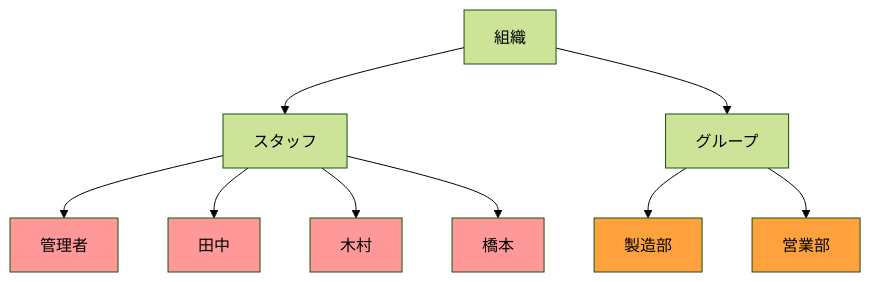
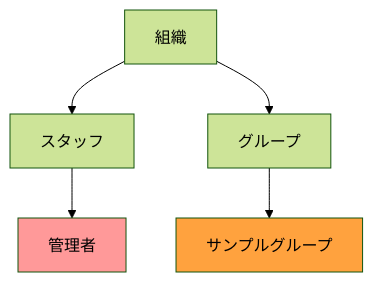
The diagram in content/ja/docs/manual/initial-setting/_about/index.md (sndbox-llc/hugo_nipo_plus), drawn with Mermaid (forest theme) before and after one commit. The commit also changed other lines of this file and 15 other files, not shown here.

```diff
--- a/content/ja/docs/manual/initial-setting/_about/index.md
+++ b/content/ja/docs/manual/initial-setting/_about/index.md
@@ -19,15 +35,11 @@
 {{<mermaid align="center">}}
 graph TD;
   classDef class2 fill:#ffa23e
   classDef class1 fill:#ff9999
 
     組織-->スタッフ;
     組織-->グループ;
-    グループ-->製造部:::class2
-    グループ-->営業部:::class2
+    グループ-->サンプルグループ:::class2
     スタッフ-->管理者:::class1
-    スタッフ-->田中:::class1
-    スタッフ-->木村:::class1
-    スタッフ-->橋本:::class1
 
 {{< /mermaid >}}
```
